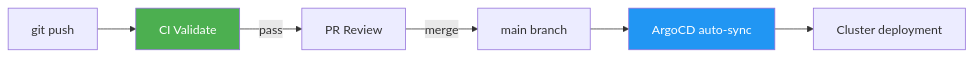
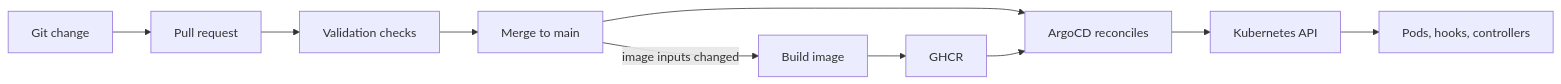
One commit to vityasyyy/invenio-rdm-gitops changed the second of 2 diagrams in README.md. Above: the diagram before and after it, drawn with Mermaid. The commit also changed other lines of this file and 1 other file, not shown here.

First line of the commit message:
docs(architecture): align deployment guide with verified system

````diff
--- a/README.md
+++ b/README.md
@@ -199,11 +104,12 @@
 ```mermaid
 flowchart LR
-    PUSH[git push] --> CI[CI Validate]
-    CI -->|pass| PR[PR Review]
-    PR -->|merge| MAIN[main branch]
-    MAIN --> ARGO[ArgoCD auto-sync]
-    ARGO --> DEPLOY[Cluster deployment]
-
-    style CI fill:#4CAF50,color:#fff
-    style ARGO fill:#2196F3,color:#fff
+    Change[Git change] --> PR[Pull request]
+    PR --> CI[Validation checks]
+    CI --> Merge[Merge to main]
+    Merge --> Argo[ArgoCD reconciles]
+    Merge -->|image inputs changed| Build[Build image]
+    Build --> GHCR[GHCR]
+    GHCR --> Argo
+    Argo --> K8s[Kubernetes API]
+    K8s --> Workloads[Pods, hooks, controllers]
 ```
````
